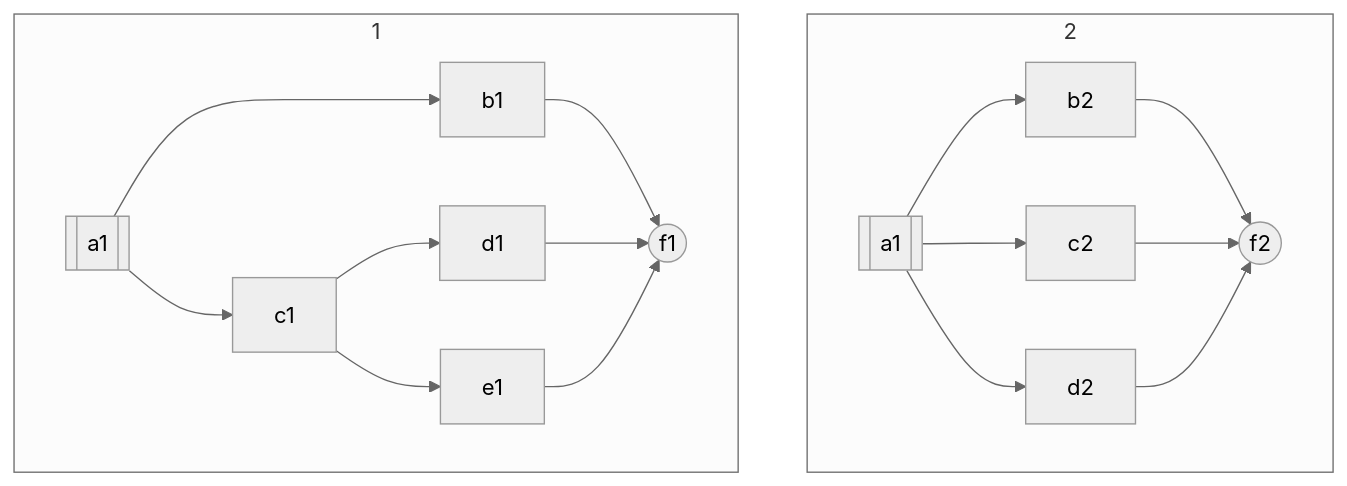
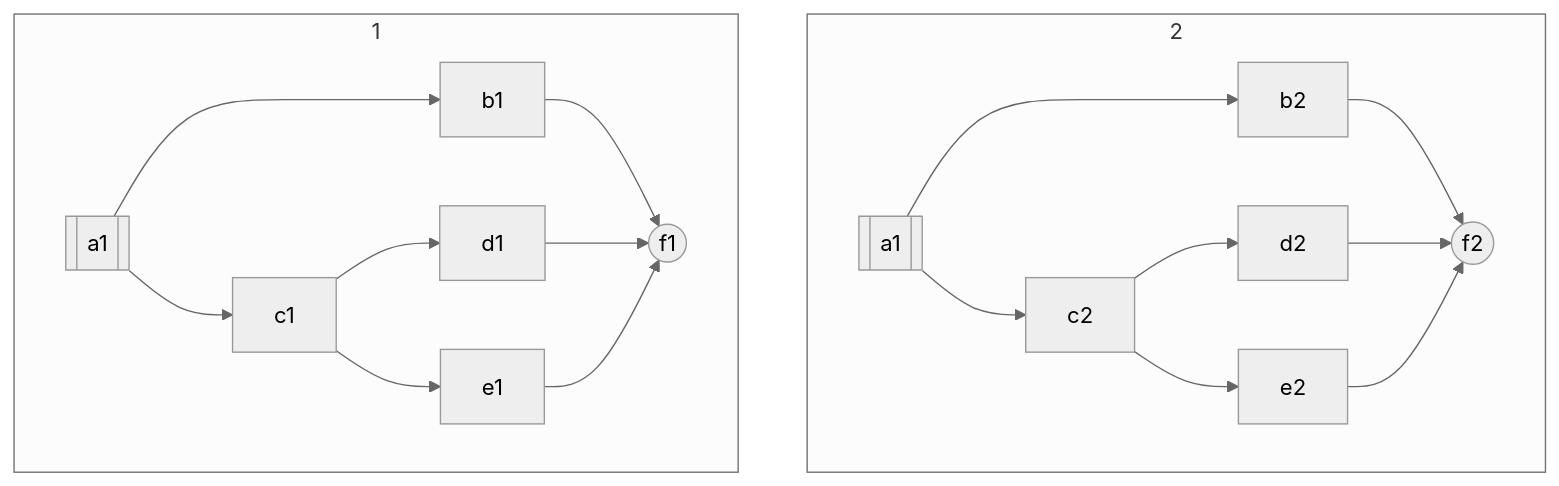
Before and after one commit to vczh-websites/vczh: diagram 14 of 14 in Blog/GLR-Refactoring/Mermaid.md, drawn with Mermaid (neutral theme).

````diff
--- a/Blog/GLR-Refactoring/Mermaid.md
+++ b/Blog/GLR-Refactoring/Mermaid.md
@@ -260,14 +260,14 @@
 ```mermaid
 graph TD
   subgraph 1
     a1[[a1]]-->b1 & c1
     b1-->f1((f1))
     c1-->d1 & e1-->f1
   end
 
   subgraph 2
-    a2[[a1]]-->b2 & c2 & d2
+    a2[[a1]]-->b2 & c2
     b2-->f2((f2))
-    c2 & d2-->f2
+    c2-->d2 & e2-->f2
   end
 ```
````
